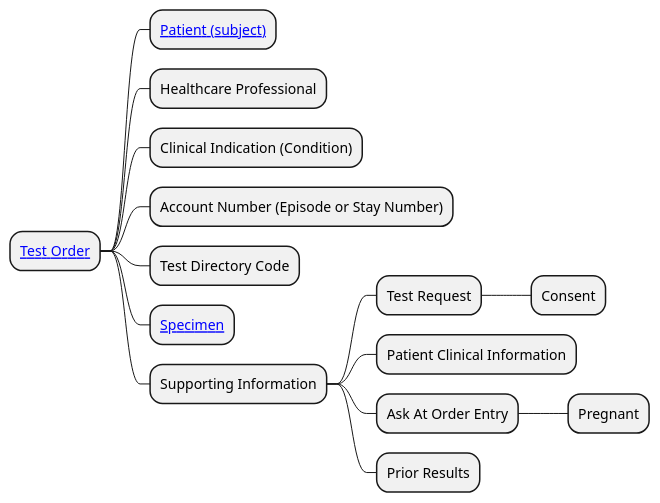
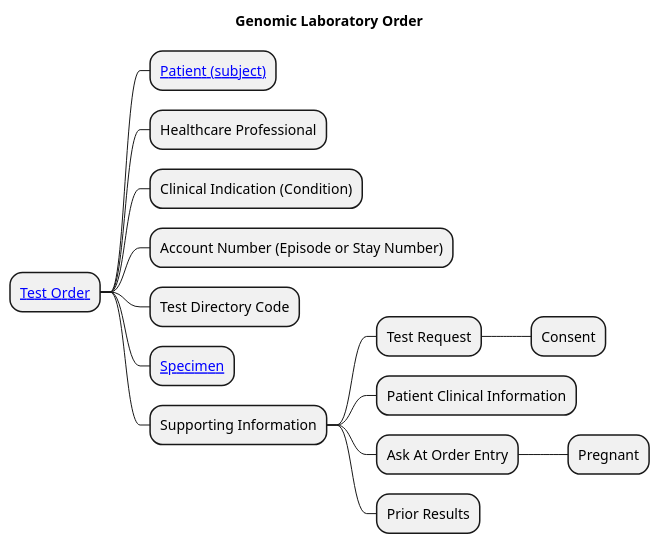
One commit to nw-gmsa/nw-gmsa.github.com changed the diagram in input/images-source/Laboratory-Order-mindmap.plantuml. Above: the diagram before and after it, drawn with PlantUML. The commit also changed 5 other files, not shown here.

```diff
--- a/input/images-source/Laboratory-Order-mindmap.plantuml
+++ b/input/images-source/Laboratory-Order-mindmap.plantuml
@@ -1,17 +1,20 @@
 @startmindmap
+
+title "Genomic Laboratory Order"
+
 * [[StructureDefinition-ServiceRequest.htmlLaboratory Test Order]]
 ** [[StructureDefinition-Patient.html Patient (subject)]]
 ** Healthcare Professional
 ** Clinical Indication (Condition)
 ** Account Number (Episode or Stay Number)
 ** Test Directory Code
 ** [[StructureDefinition-Specimen.html Specimen]]
 ** Supporting Information
 *** Test Request
 **** Consent
 *** Patient Clinical Information
 *** Ask At Order Entry
 **** Pregnant
 *** Prior Results
 
 @endmindmap
```
